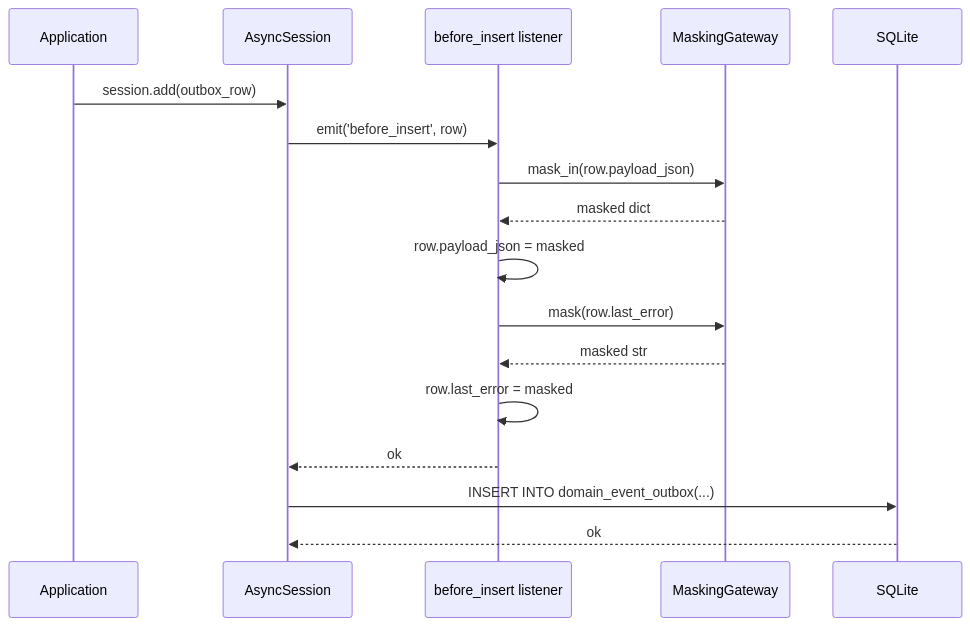
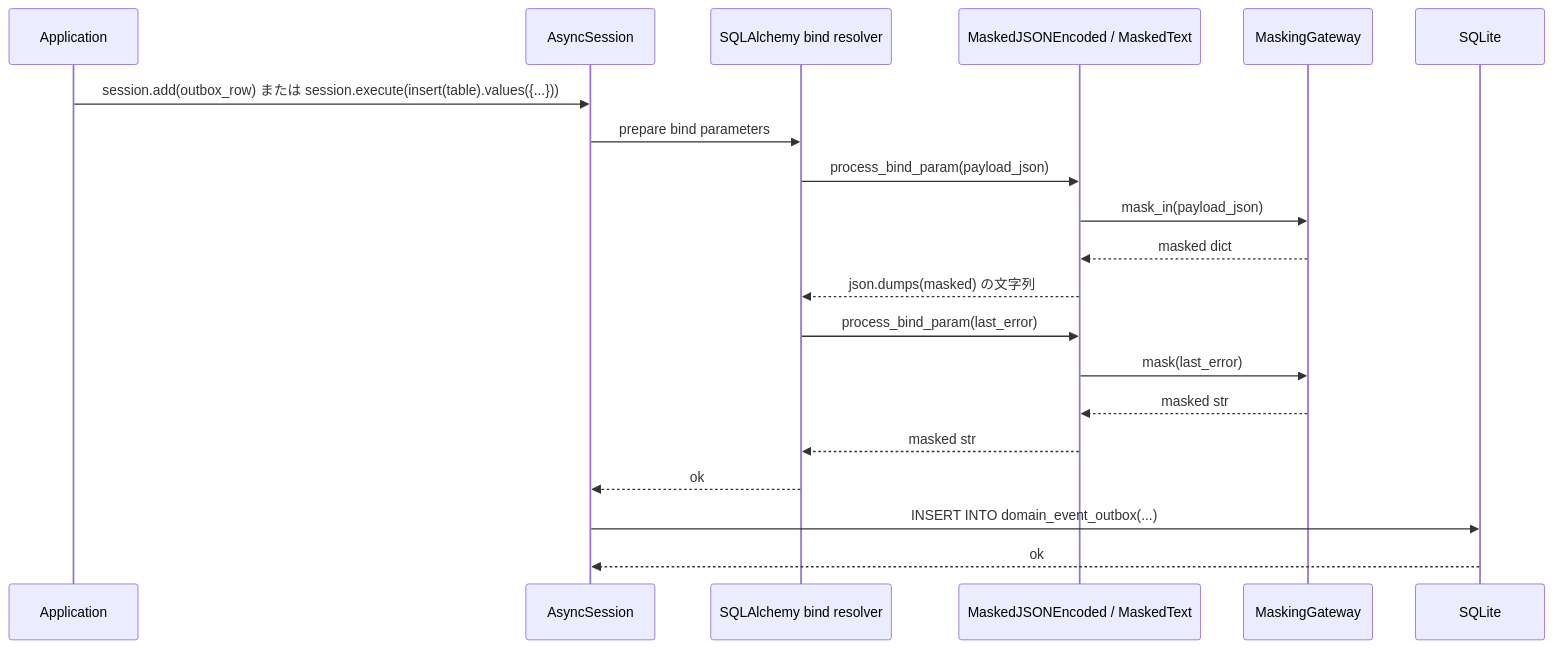
The third of 4 diagrams in docs/features/persistence-foundation/basic-design.md (bakufu-dev/bakufu), drawn with Mermaid before and after one commit. The commit also changed other lines of this file and 3 other files, not shown here.

````diff
--- a/docs/features/persistence-foundation/basic-design.md
+++ b/docs/features/persistence-foundation/basic-design.md
@@ -262,20 +262,23 @@
 ```mermaid
 sequenceDiagram
     participant App as Application
     participant Sess as AsyncSession
-    participant Listener as before_insert listener
+    participant Bind as SQLAlchemy bind resolver
+    participant TD as MaskedJSONEncoded / MaskedText
     participant Mask as MaskingGateway
     participant DB as SQLite
 
-    App->>Sess: session.add(outbox_row)
-    Sess->>Listener: emit('before_insert', row)
-    Listener->>Mask: mask_in(row.payload_json)
-    Mask-->>Listener: masked dict
-    Listener->>Listener: row.payload_json = masked
-    Listener->>Mask: mask(row.last_error)
-    Mask-->>Listener: masked str
-    Listener->>Listener: row.last_error = masked
-    Listener-->>Sess: ok
+    App->>Sess: session.add(outbox_row) または session.execute(insert(table).values({...}))
+    Sess->>Bind: prepare bind parameters
+    Bind->>TD: process_bind_param(payload_json)
+    TD->>Mask: mask_in(payload_json)
+    Mask-->>TD: masked dict
+    TD-->>Bind: json.dumps(masked) の文字列
+    Bind->>TD: process_bind_param(last_error)
+    TD->>Mask: mask(last_error)
+    Mask-->>TD: masked str
+    TD-->>Bind: masked str
+    Bind-->>Sess: ok
     Sess->>DB: INSERT INTO domain_event_outbox(...)
     DB-->>Sess: ok
 ```
````
